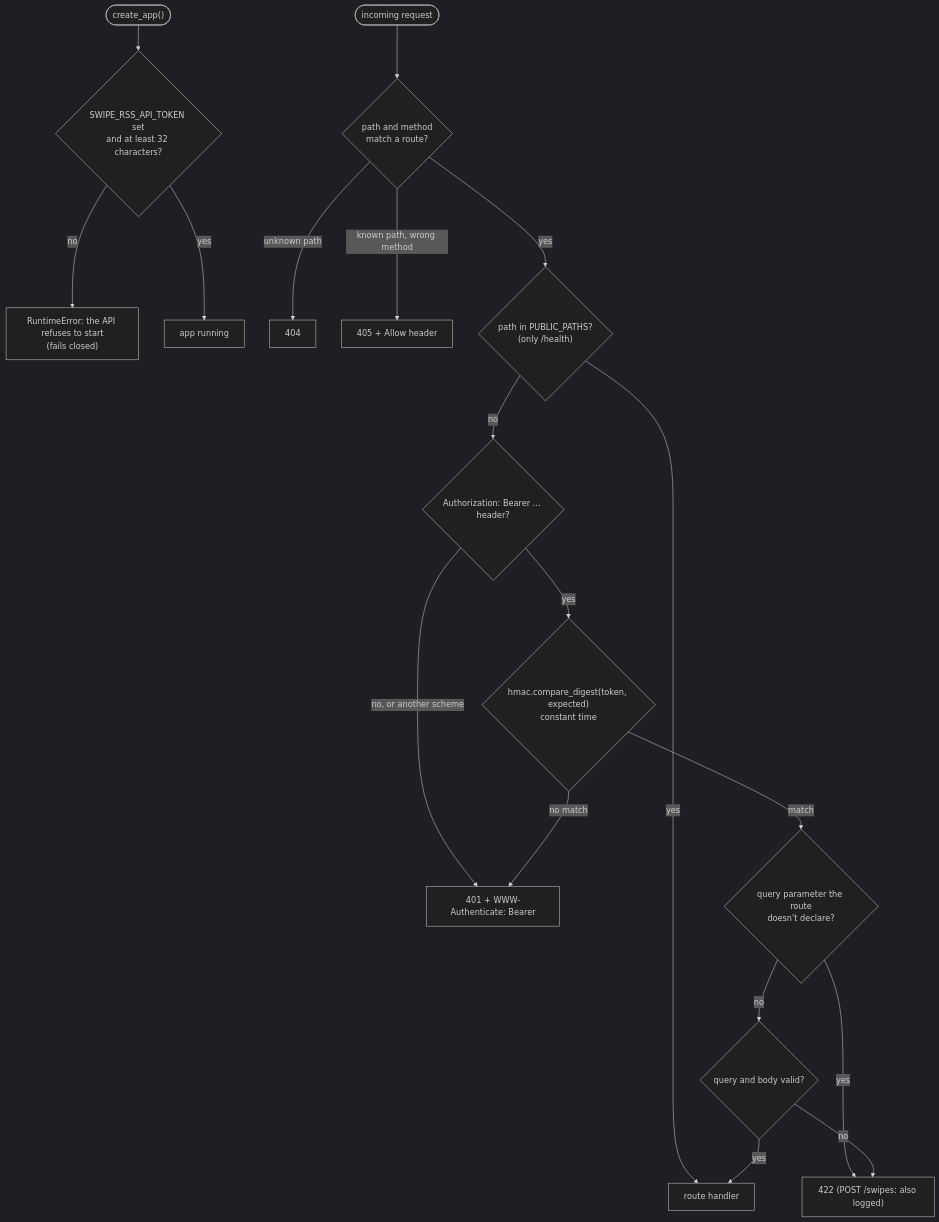
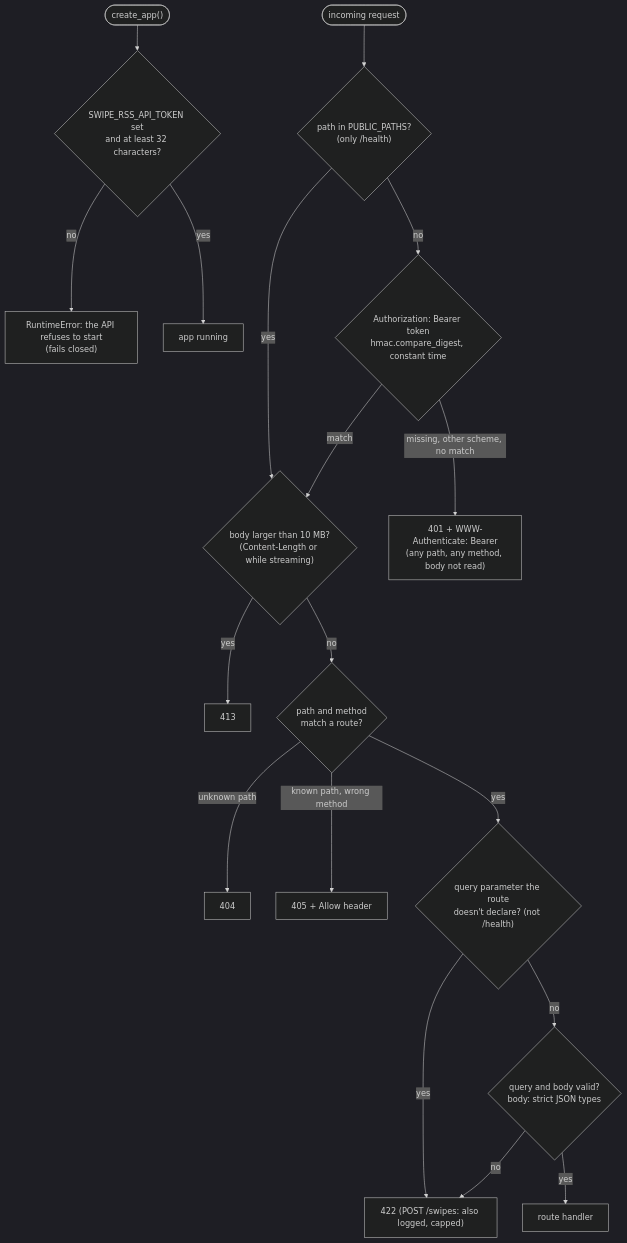
One commit to shanirub/swipe-rss-reader changed the eighth of 18 diagrams in docs/architecture.md. Above: the diagram before and after it, drawn with Mermaid (dark theme). The commit also changed other lines of this file and 31 other files, not shown here.

````diff
--- a/docs/architecture.md
+++ b/docs/architecture.md
@@ -346,21 +348,21 @@
 ```mermaid
 flowchart TD
     start(["create_app()"]) --> strong{"SWIPE_RSS_API_TOKEN set<br/>and at least 32 characters?"}
     strong -- no --> refuse["RuntimeError: the API refuses to start<br/>(fails closed)"]
     strong -- yes --> ready["app running"]
 
-    req(["incoming request"]) --> route{"path and method<br/>match a route?"}
+    req(["incoming request"]) --> public{"path in PUBLIC_PATHS?<br/>(only /health)"}
+    public -- yes --> size
+    public -- no --> compare{"Authorization: Bearer token<br/>hmac.compare_digest, constant time"}
+    compare -- "missing, other scheme, no match" --> unauth["401 + WWW-Authenticate: Bearer<br/>(any path, any method, body not read)"]
+    compare -- match --> size{"body larger than 10 MB?<br/>(Content-Length or while streaming)"}
+    size -- yes --> toolarge["413"]
+    size -- no --> route{"path and method<br/>match a route?"}
     route -- "unknown path" --> notfound["404"]
     route -- "known path, wrong method" --> notallowed["405 + Allow header"]
-    route -- yes --> public{"path in PUBLIC_PATHS?<br/>(only /health)"}
-    public -- yes --> handler["route handler"]
-    public -- no --> header{"Authorization: Bearer ... header?"}
-    header -- "no, or another scheme" --> unauth["401 + WWW-Authenticate: Bearer"]
-    header -- yes --> compare{"hmac.compare_digest(token, expected)<br/>constant time"}
-    compare -- "no match" --> unauth
-    compare -- match --> unknownq{"query parameter the route<br/>doesn't declare?"}
-    unknownq -- yes --> invalid["422 (POST /swipes: also logged)"]
-    unknownq -- no --> validate{"query and body valid?"}
+    route -- yes --> unknownq{"query parameter the route<br/>doesn't declare? (not /health)"}
+    unknownq -- yes --> invalid["422 (POST /swipes: also logged, capped)"]
+    unknownq -- no --> validate{"query and body valid?<br/>body: strict JSON types"}
     validate -- no --> invalid
-    validate -- yes --> handler
+    validate -- yes --> handler["route handler"]
 ```
````
